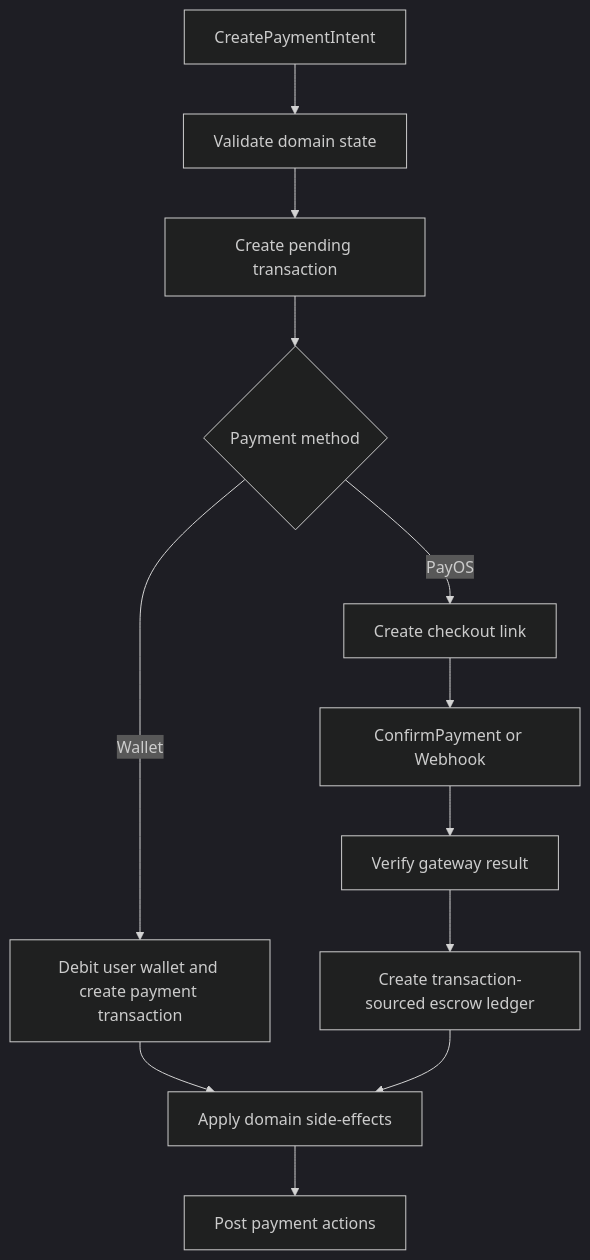
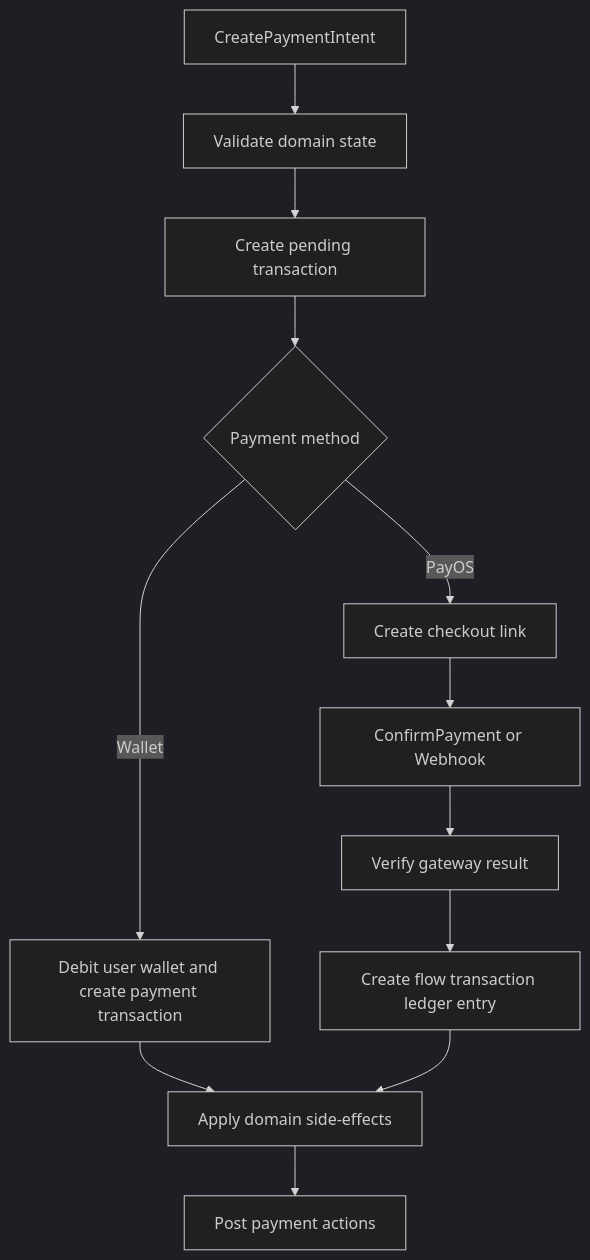
Before and after one commit to Snake-AID/SnakeAid.Docs: the third of 5 diagrams in Docs/05-Backend/02-layers/money-aspect/money-aspect.sourcemap.md, drawn with Mermaid (dark theme). The commit also changed other lines of this file and 3 other files, not shown here.

````diff
--- a/Docs/05-Backend/02-layers/money-aspect/money-aspect.sourcemap.md
+++ b/Docs/05-Backend/02-layers/money-aspect/money-aspect.sourcemap.md
@@ -115,14 +116,14 @@
 ```mermaid
 flowchart TD
     A[CreatePaymentIntent] --> B[Validate domain state]
     B --> C[Create pending transaction]
     C --> D{Payment method}
     D -->|PayOS| E[Create checkout link]
     D -->|Wallet| F[Debit user wallet and create payment transaction]
     E --> G[ConfirmPayment or Webhook]
     F --> H[Apply domain side-effects]
     G --> I[Verify gateway result]
-    I --> J[Create transaction-sourced escrow ledger]
+    I --> J[Create flow transaction ledger entry]
     J --> H
     H --> K[Post payment actions]
 ```
````
